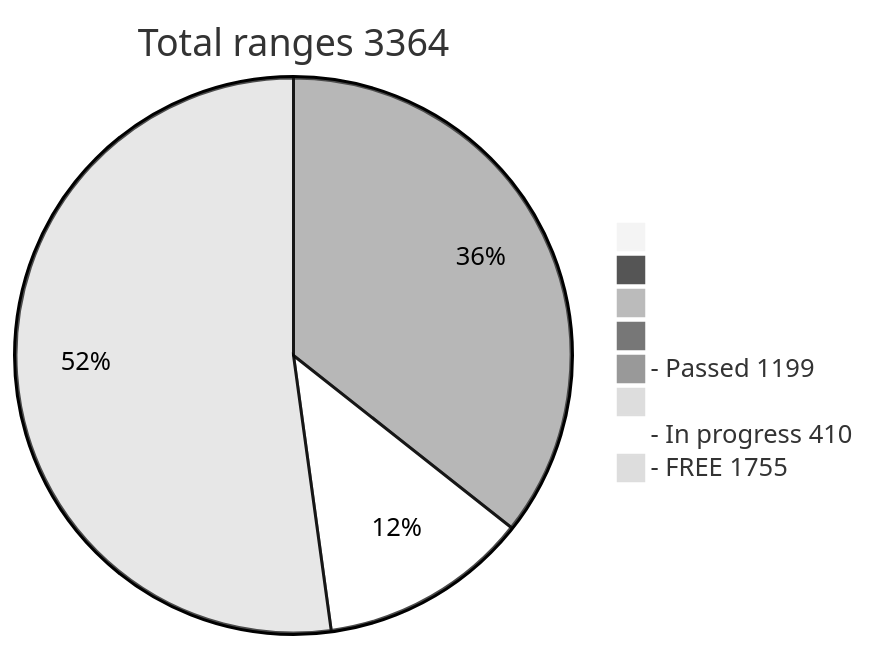
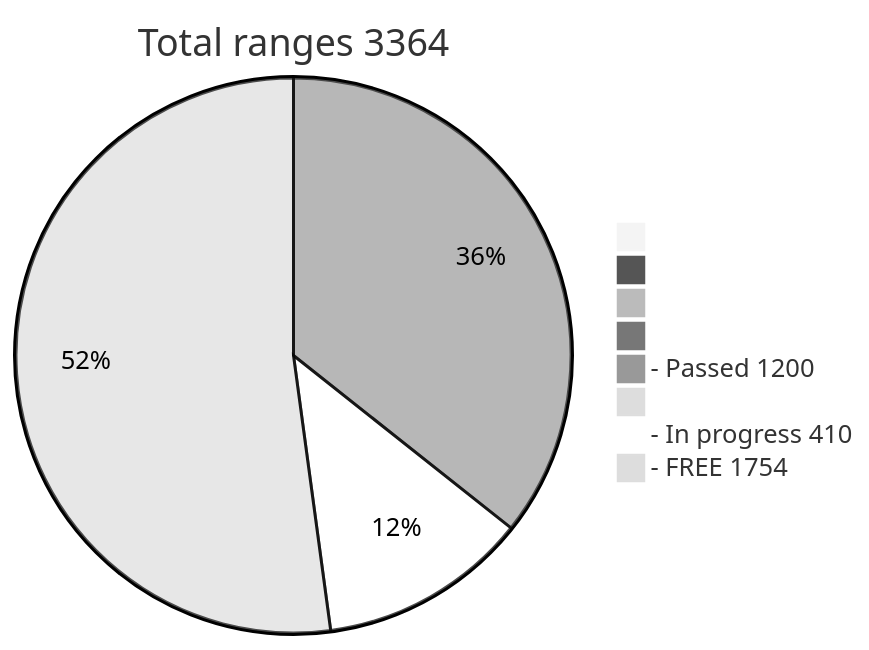
One commit to phrutis/wif500 changed the diagram in README.md. Above: the diagram before and after it, drawn with Mermaid (neutral theme).

````diff
--- a/README.md
+++ b/README.md
@@ -16,12 +16,12 @@
 ```mermaid
 pie title Total ranges 3364
              " " : 0
             "  " : 0
            "   " : 0
           "    " : 0
-  "- Passed 1199" : 1199
+  "- Passed 1200" : 1200
          "     " : 0
   "- In progress 410" : 410
-   "- FREE 1755" : 1755
+   "- FREE 1754" : 1754
    
 ```
````
